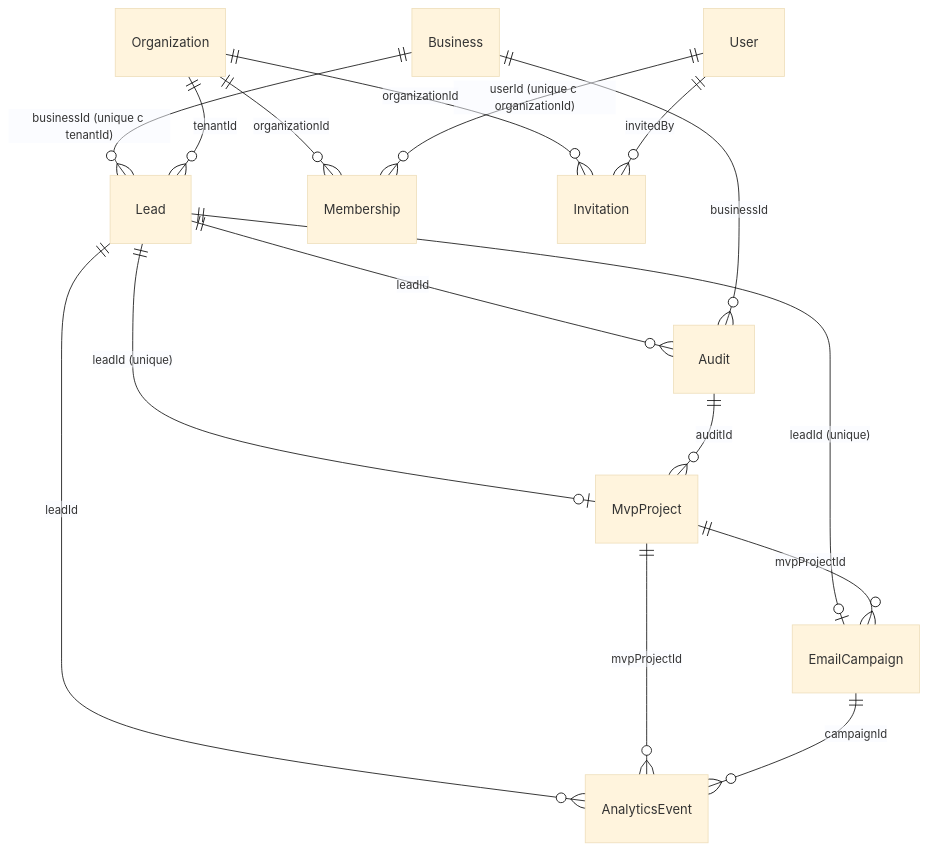
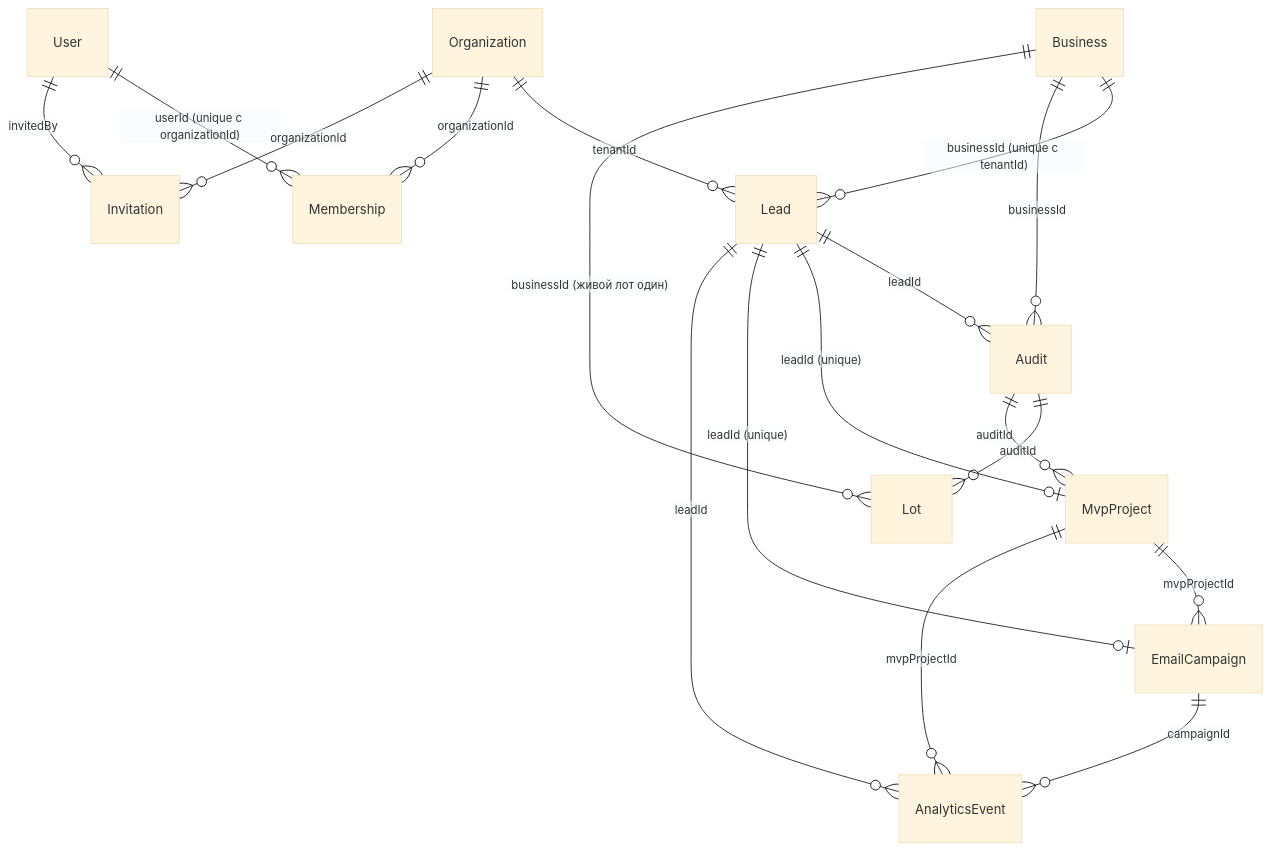
One commit to yurykurouski/revamp-docs changed the diagram in database-expertise.md. Above: the diagram before and after it, drawn with Mermaid (base theme). The commit also changed other lines of this file and 12 other files, not shown here.

````diff
--- a/database-expertise.md
+++ b/database-expertise.md
@@ -289,18 +313,20 @@
 ```mermaid
 erDiagram
     Lead ||--o{ Audit : "leadId"
     Business ||--o{ Lead : "businessId (unique с tenantId)"
     Business ||--o{ Audit : "businessId"
+    Business ||--o{ Lot : "businessId (живой лот один)"
+    Audit ||--o{ Lot : "auditId"
     Organization ||--o{ Lead : "tenantId"
     Lead ||--o| MvpProject : "leadId (unique)"
     Lead ||--o| EmailCampaign : "leadId (unique)"
     Lead ||--o{ AnalyticsEvent : "leadId"
     Audit ||--o{ MvpProject : "auditId"
     MvpProject ||--o{ EmailCampaign : "mvpProjectId"
     MvpProject ||--o{ AnalyticsEvent : "mvpProjectId"
     EmailCampaign ||--o{ AnalyticsEvent : "campaignId"
     Organization ||--o{ Membership : "organizationId"
     User ||--o{ Membership : "userId (unique с organizationId)"
     Organization ||--o{ Invitation : "organizationId"
     User ||--o{ Invitation : "invitedBy"
 ```
````
